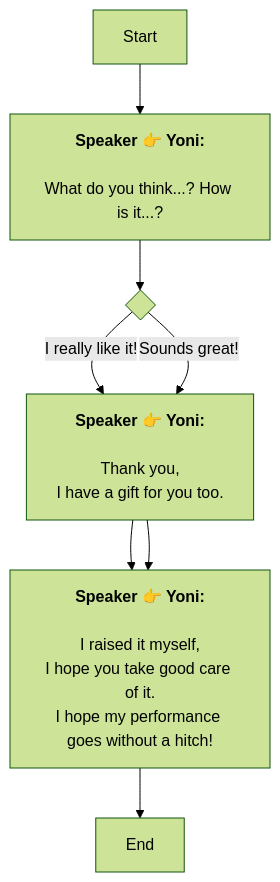
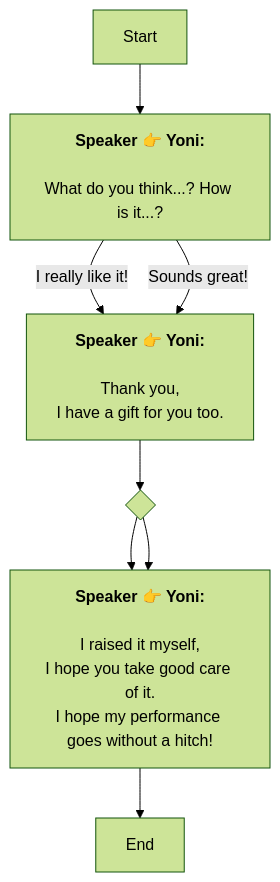
One commit to SoftHu/tos_avg changed the diagram in En/QuestStartTalkENode_1741644675494136.md. Above: the diagram before and after it, drawn with Mermaid (forest theme). The commit also changed 737 other files, not shown here.

````diff
--- a/En/QuestStartTalkENode_1741644675494136.md
+++ b/En/QuestStartTalkENode_1741644675494136.md
@@ -1,27 +1,20 @@
 ```mermaid
 graph
 Start -->1741644696142075[<b>Speaker 👉 Yoni:</b>
-
-What do you think...? How is it...?]
-1741644696142075 -->1741644740696316{ }
-1741644740696316 -->|I really like it!|1741644780826881[<b>Speaker 👉 Yoni:</b>
-
-Thank you,
+\nWhat do you think...? How is it...?]
+1741644696142075 -->|I really like it!|1741644780826881[<b>Speaker 👉 Yoni:</b>
+\nThank you,
 I have a gift for you too.]
-1741644740696316 -->|Sounds great!|1741644780826881[<b>Speaker 👉 Yoni:</b>
-
-Thank you,
+1741644696142075 -->|Sounds great!|1741644780826881[<b>Speaker 👉 Yoni:</b>
+\nThank you,
 I have a gift for you too.]
-1741644780826881 -->1741644967451907[<b>Speaker 👉 Yoni:</b>
-
-I raised it myself,
-I hope you take good care of it.
-I hope my performance goes without a hitch!]
-1741644780826881 -->1741644967451907[<b>Speaker 👉 Yoni:</b>
-
-I raised it myself,
-I hope you take good care of it.
-I hope my performance goes without a hitch!]
+1741644780826881 -->1741644798498050{ }
+1741644798498050 -->1741644967451907[<b>Speaker 👉 Yoni:</b>
+\nI raised it myself,
+I hope you take good care of it.\nI hope my performance goes without a hitch!]
+1741644798498050 -->1741644967451907[<b>Speaker 👉 Yoni:</b>
+\nI raised it myself,
+I hope you take good care of it.\nI hope my performance goes without a hitch!]
 1741644967451907 -->1741645063795972[End]
 
- ```
+```
````
